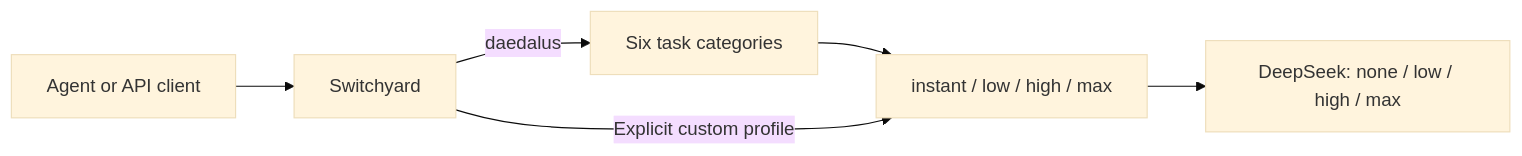
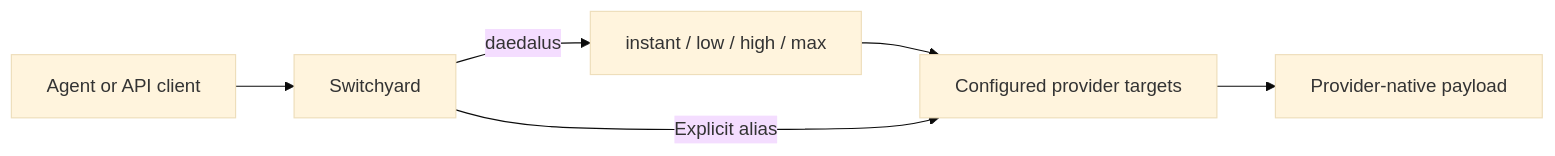
Before and after one commit to tuttlebr/daedalus-switchyard: the diagram in README.md, drawn with Mermaid (base theme). The commit also changed other lines of this file and 19 other files, not shown here.

Commit message:
Align provider routing to four classifier categories

````diff
--- a/README.md
+++ b/README.md
@@ -97,8 +66,8 @@
 ```mermaid
 flowchart LR
   A[Agent or API client] --> B[Switchyard]
-  B -->|daedalus| C[Six task categories]
-  C --> D[instant / low / high / max]
-  B -->|Explicit custom profile| D
-  D --> E[DeepSeek: none / low / high / max]
+  B -->|daedalus| C[instant / low / high / max]
+  C --> D[Configured provider targets]
+  B -->|Explicit alias| D
+  D --> E[Provider-native payload]
 ```
````
